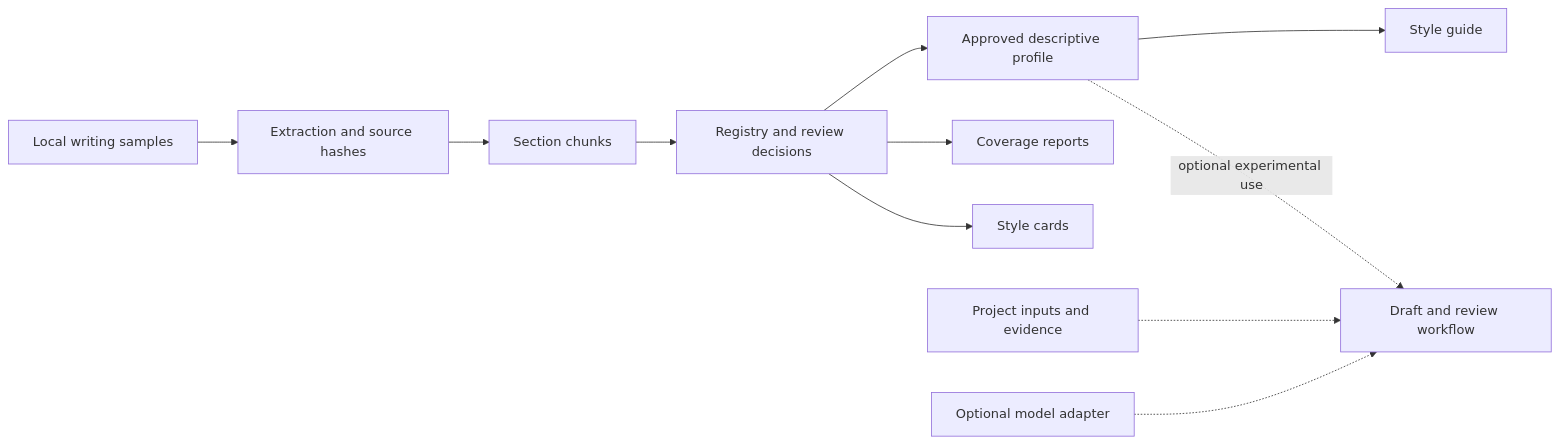
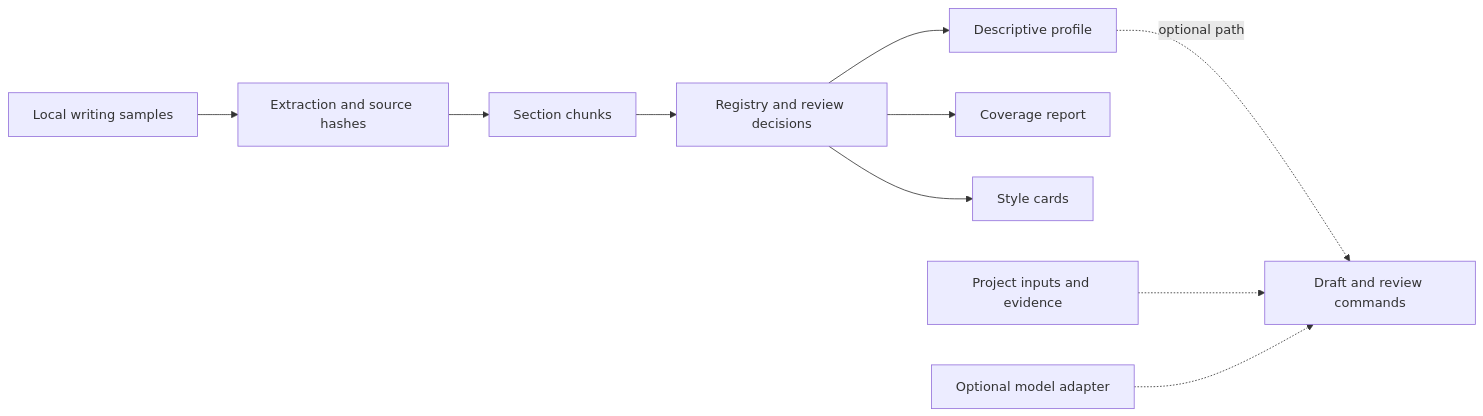
Before and after one commit to ericrosenn1/manuscriptforge: the diagram in README.md, drawn with Mermaid. The commit also changed other lines of this file and 14 other files, not shown here.

````diff
--- a/README.md
+++ b/README.md
@@ -70,13 +52,12 @@
-```mermaid
+~~~mermaid
 flowchart LR
     S[Local writing samples] --> E[Extraction and source hashes]
     E --> C[Section chunks]
     C --> R[Registry and review decisions]
-    R --> P[Approved descriptive profile]
-    R --> V[Coverage reports]
-    P --> G[Style guide]
+    R --> P[Descriptive profile]
+    R --> V[Coverage report]
     R --> K[Style cards]
-    P -. optional experimental use .-> D[Draft and review workflow]
+    P -. optional path .-> D[Draft and review commands]
     I[Project inputs and evidence] -.-> D
     L[Optional model adapter] -.-> D
-```
+~~~
````
